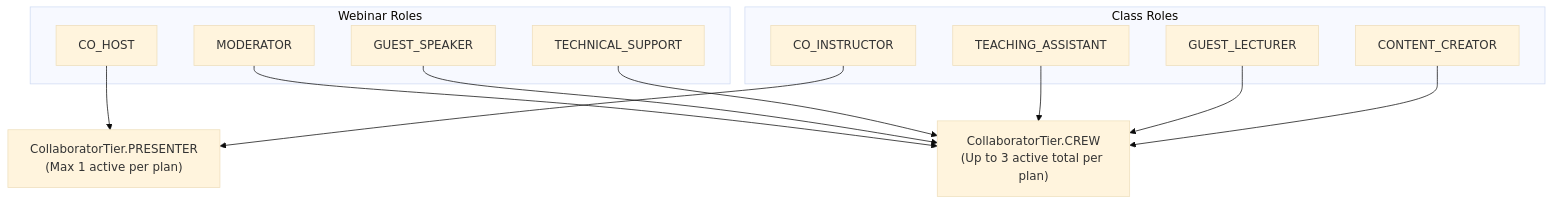
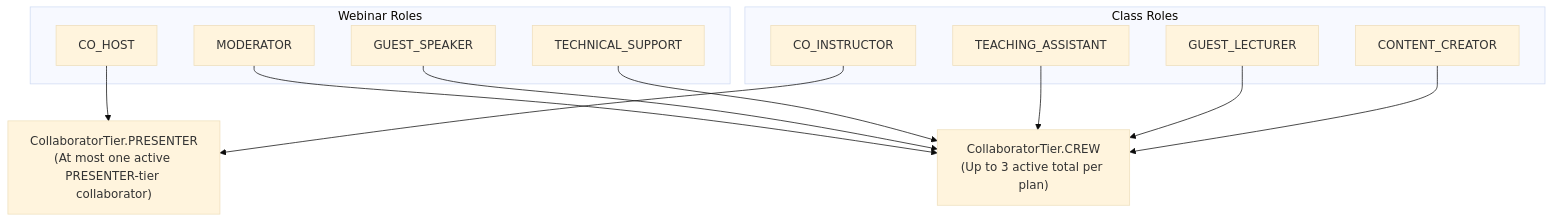
Before and after one commit to Practitionist/familiarise_web: the diagram in docs/collaborators/02-permissions-and-roles.md, drawn with Mermaid (base theme). The commit also changed other lines of this file and 39 other files, not shown here.

````diff
--- a/docs/collaborators/02-permissions-and-roles.md
+++ b/docs/collaborators/02-permissions-and-roles.md
@@ -9,23 +9,23 @@
 ```mermaid
 flowchart TD
     subgraph Webinar Roles
         CH["CO_HOST"]
         MOD["MODERATOR"]
         GS["GUEST_SPEAKER"]
         TS["TECHNICAL_SUPPORT"]
     end
     subgraph Class Roles
         CI["CO_INSTRUCTOR"]
         TA["TEACHING_ASSISTANT"]
         GL["GUEST_LECTURER"]
         CC["CONTENT_CREATOR"]
     end
-    CH --> PRES["CollaboratorTier.PRESENTER\n(Max 1 active per plan)"]
+    CH --> PRES["CollaboratorTier.PRESENTER\n(At most one active PRESENTER-tier collaborator)"]
     CI --> PRES
     MOD --> CREW["CollaboratorTier.CREW\n(Up to 3 active total per plan)"]
     GS --> CREW
     TS --> CREW
     TA --> CREW
     GL --> CREW
     CC --> CREW
 ```
````
